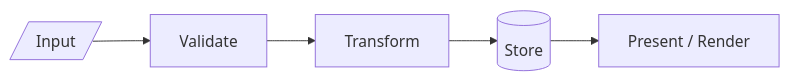
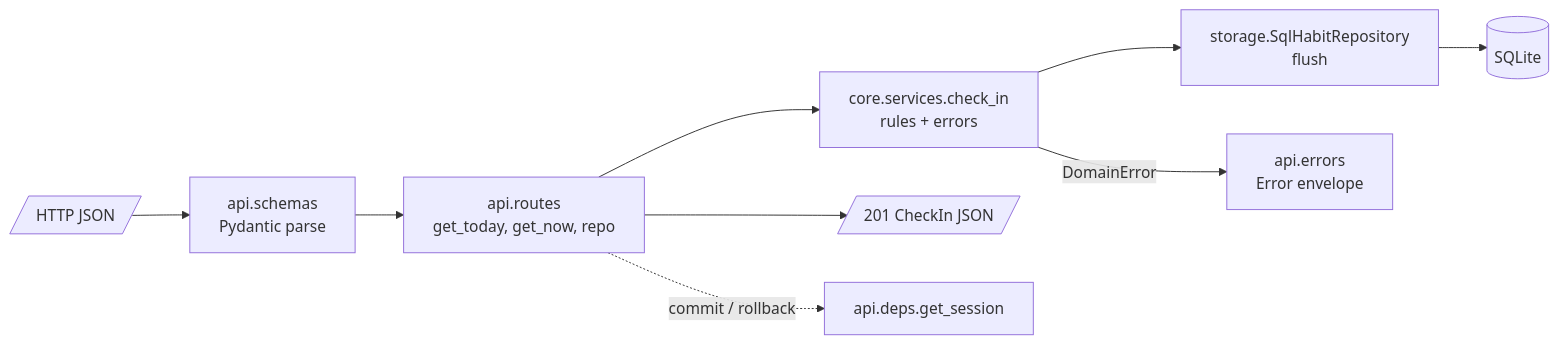
One commit to KRakenoZavr/habit-tracker-v3 changed the diagram in docs/architecture/dataflow.mmd. Above: the diagram before and after it, drawn with Mermaid. The commit also changed 32 other files, not shown here.

```diff
--- a/docs/architecture/dataflow.mmd
+++ b/docs/architecture/dataflow.mmd
@@ -1,6 +1,11 @@
 %% covers: [src/**]
 %% verified_at: none
 %% owner: architect
+%% One request: POST /habits/{id}/checkins
 flowchart LR
-  input[/Input/] --> validate[Validate] --> transform[Transform] --> store[(Store)]
-  store --> present[Present / Render]
+  req[/HTTP JSON/] --> schema[api.schemas<br/>Pydantic parse] --> route[api.routes<br/>get_today, get_now, repo]
+  route --> svc[core.services.check_in<br/>rules + errors]
+  svc --> repo[storage.SqlHabitRepository<br/>flush] --> db[(SQLite)]
+  svc -- DomainError --> err[api.errors<br/>Error envelope]
+  route --> out[/201 CheckIn JSON/]
+  route -. commit / rollback .-> sess[api.deps.get_session]
```
